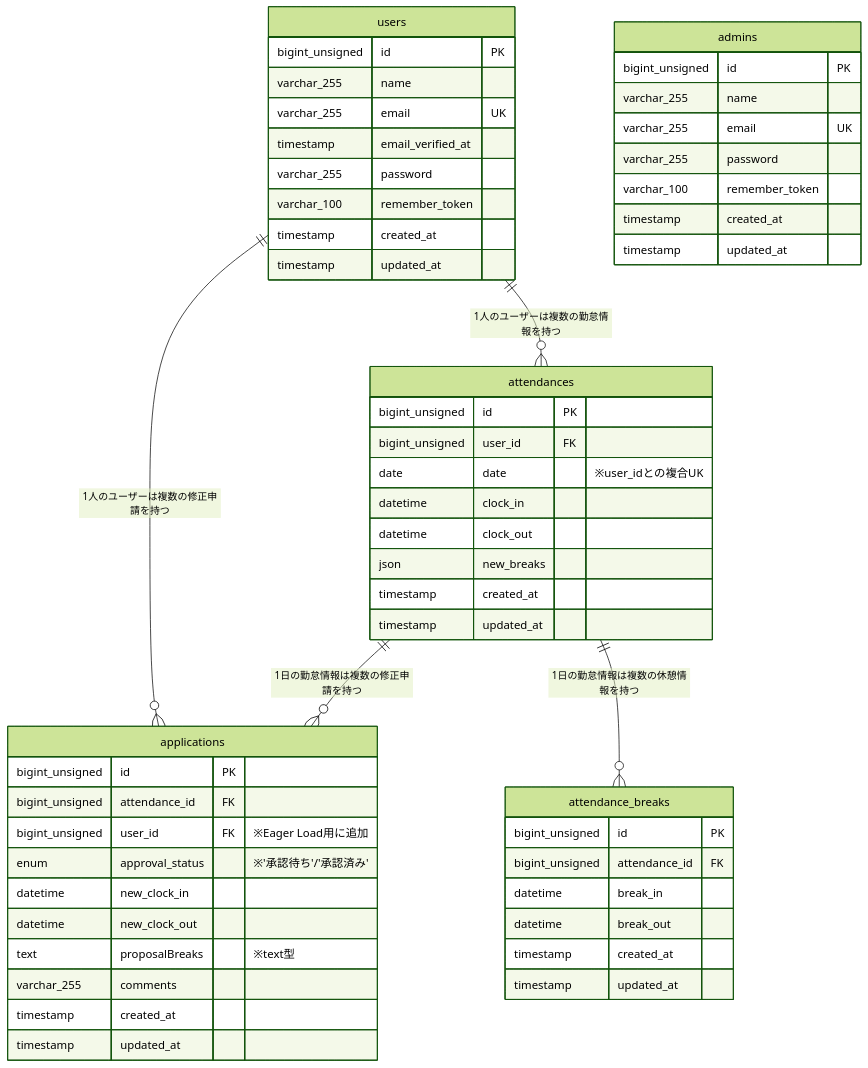
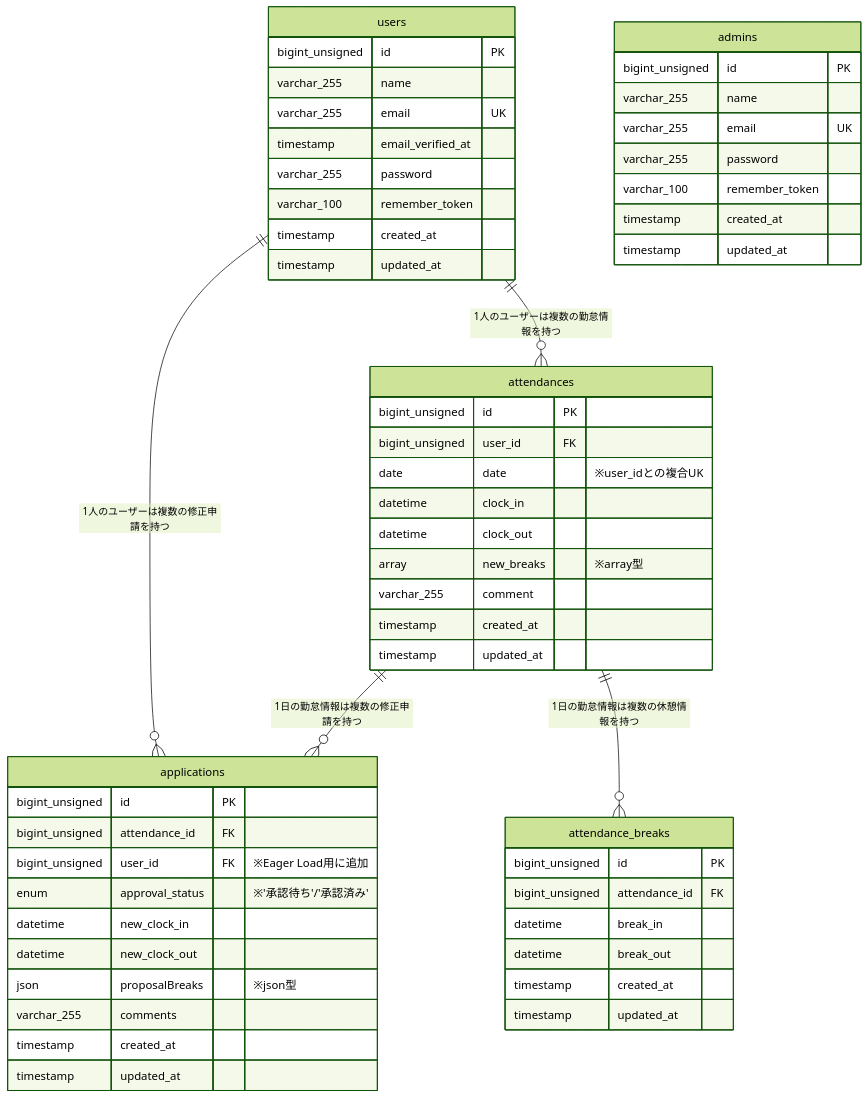
Before and after one commit to Ma-Namba/attendance-app: the diagram in README.md, drawn with Mermaid (forest theme). The commit also changed 6 other files, not shown here.

````diff
--- a/README.md
+++ b/README.md
@@ -115,57 +115,58 @@
 ```mermaid
 erDiagram
     users ||--o{ attendances: "1人のユーザーは複数の勤怠情報を持つ"
     users ||--o{ applications: "1人のユーザーは複数の修正申請を持つ"
     attendances ||--o{ applications: "1日の勤怠情報は複数の修正申請を持つ"
     attendances ||--o{ attendance_breaks: "1日の勤怠情報は複数の休憩情報を持つ"
 
     users {
         bigint_unsigned id PK
         varchar_255 name
         varchar_255 email UK
         timestamp email_verified_at
         varchar_255 password
         varchar_100 remember_token
         timestamp created_at
         timestamp updated_at
     }
     admins {
         bigint_unsigned id PK
         varchar_255 name
         varchar_255 email UK
         varchar_255 password
         varchar_100 remember_token
         timestamp created_at
         timestamp updated_at
     }
     attendances {
         bigint_unsigned id PK
         bigint_unsigned user_id FK
         date date "※user_idとの複合UK"
         datetime clock_in
         datetime clock_out
-        json new_breaks
+        array new_breaks "※array型"
+        varchar_255 comment
         timestamp created_at
         timestamp updated_at
     }
     applications {
         bigint_unsigned id PK
         bigint_unsigned attendance_id FK
         bigint_unsigned user_id FK "※Eager Load用に追加"
         enum approval_status "※'承認待ち'/'承認済み'"
         datetime new_clock_in
         datetime new_clock_out
-        text proposalBreaks "※text型"
+        json proposalBreaks "※json型"
         varchar_255 comments
         timestamp created_at
         timestamp updated_at
     }
     attendance_breaks {
         bigint_unsigned id PK
         bigint_unsigned attendance_id FK
         datetime break_in
         datetime break_out
         timestamp created_at
         timestamp updated_at
     }
 ```
````
